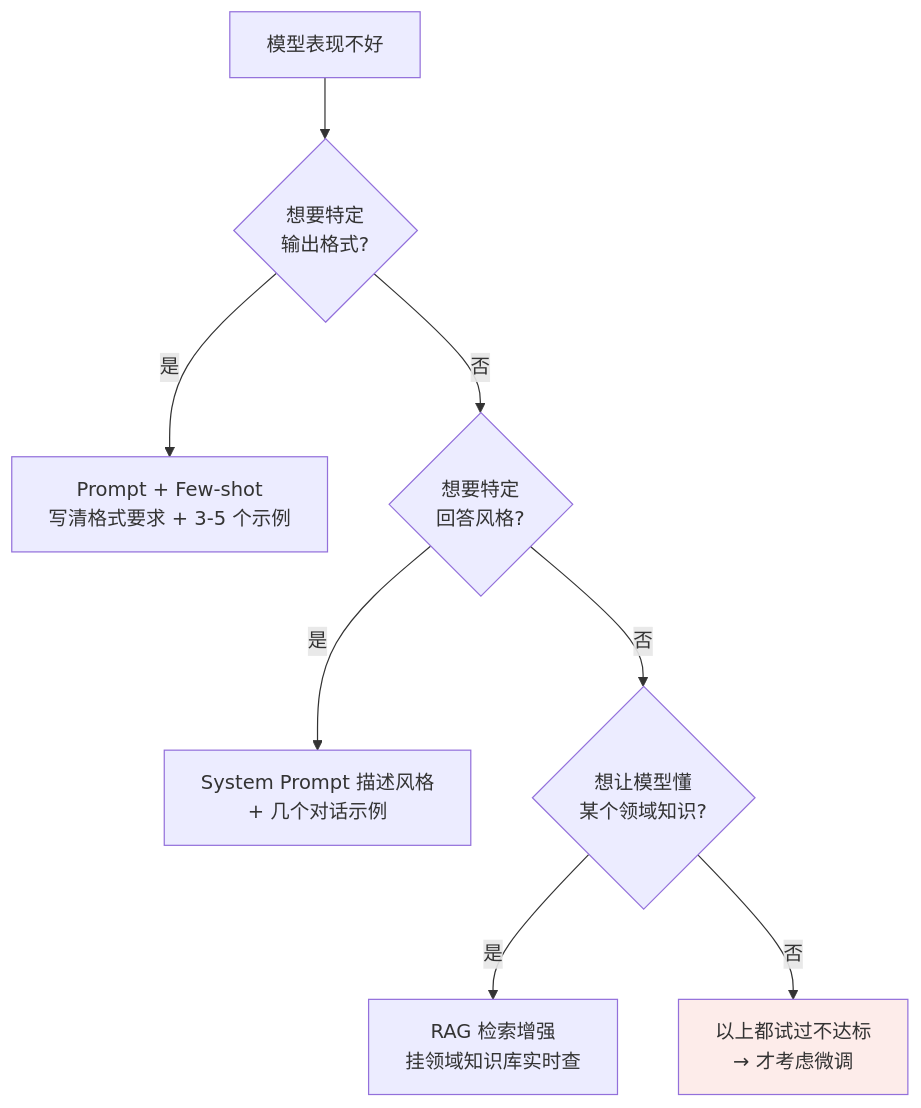
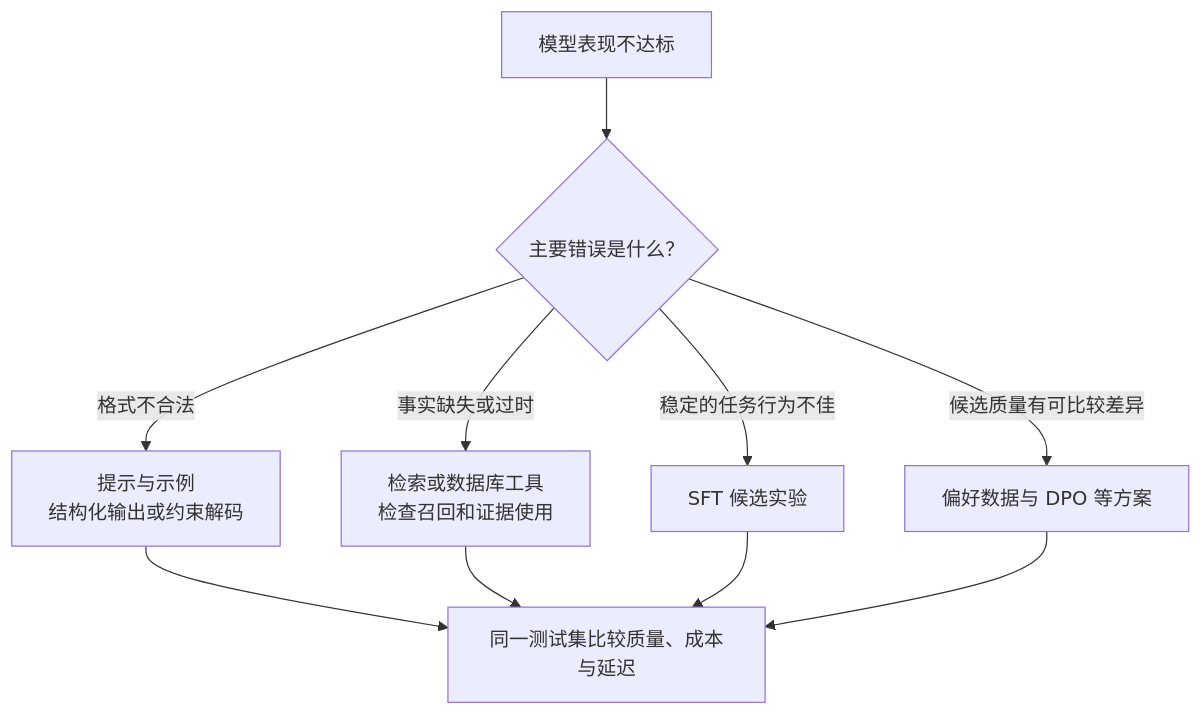
Before and after one commit to oneleaveknowsthefall/awesome-ai-roadmap: the diagram in docs/llm/02-training-alignment/08-finetuning.md, drawn with Mermaid. The commit also changed other lines of this file and 45 other files, not shown here.

````diff
--- a/docs/llm/02-training-alignment/08-finetuning.md
+++ b/docs/llm/02-training-alignment/08-finetuning.md
@@ -24,12 +13,12 @@
 ```mermaid
 flowchart TB
-    NEED["模型表现不好"] --> Q1{"想要特定<br/>输出格式?"}
-    Q1 -->|是| P1["Prompt + Few-shot<br/>写清格式要求 + 3-5 个示例"]
-    Q1 -->|否| Q2{"想要特定<br/>回答风格?"}
-    Q2 -->|是| P2["System Prompt 描述风格<br/>+ 几个对话示例"]
-    Q2 -->|否| Q3{"想让模型懂<br/>某个领域知识?"}
-    Q3 -->|是| P3["RAG 检索增强<br/>挂领域知识库实时查"]
-    Q3 -->|否| FT["以上都试过不达标<br/>→ 才考虑微调"]
-
-    style FT fill:#fdecea
+    NEED["模型表现不达标"] --> Q1{"主要错误是什么？"}
+    Q1 -->|格式不合法| P1["提示与示例<br/>结构化输出或约束解码"]
+    Q1 -->|事实缺失或过时| P2["检索或数据库工具<br/>检查召回和证据使用"]
+    Q1 -->|稳定的任务行为不佳| P3["SFT 候选实验"]
+    Q1 -->|候选质量有可比较差异| P4["偏好数据与 DPO 等方案"]
+    P1 --> E["同一测试集比较质量、成本与延迟"]
+    P2 --> E
+    P3 --> E
+    P4 --> E
 ```
````
